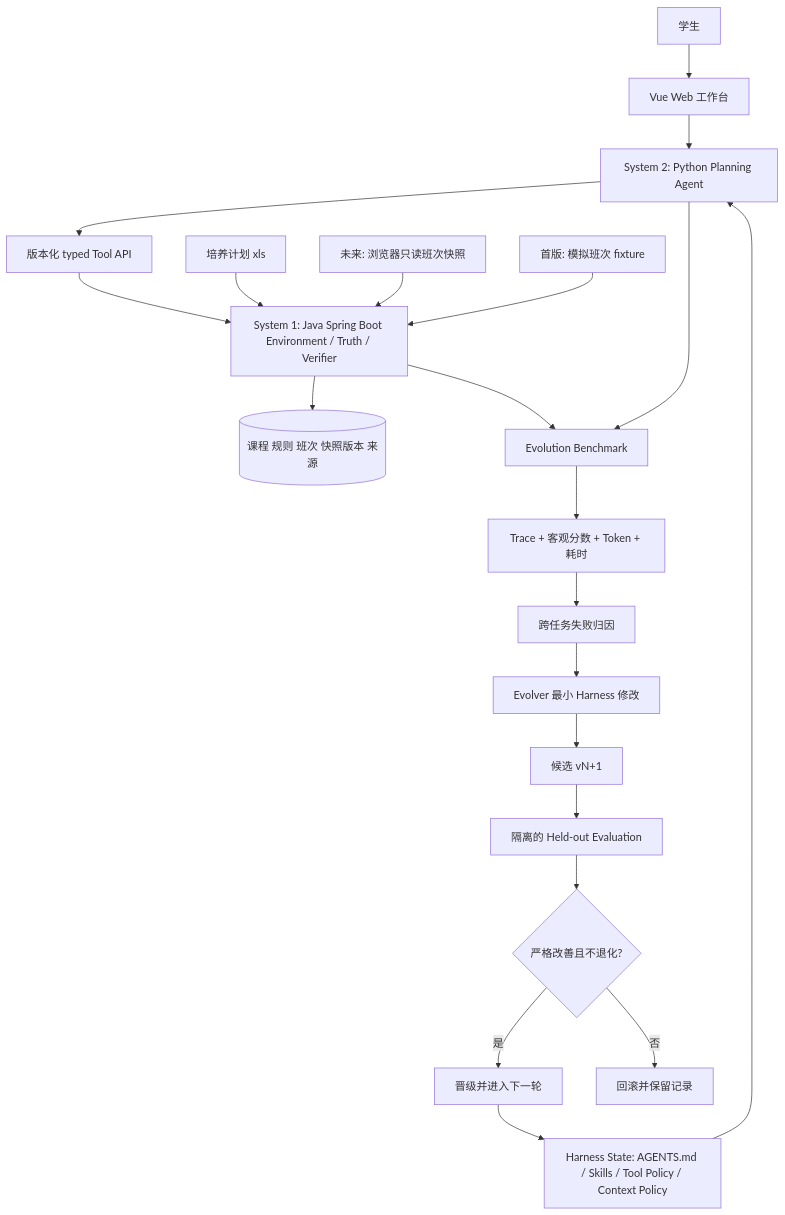
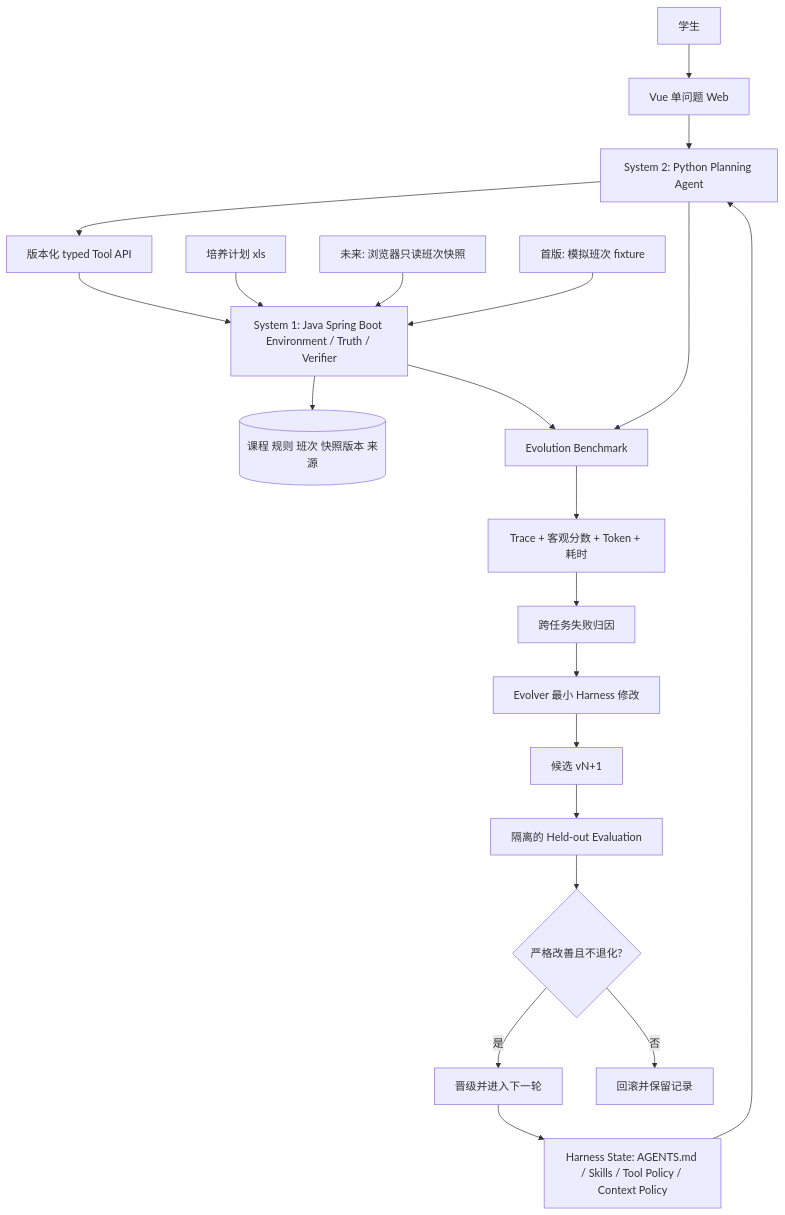
One commit to HelicasECoode42/CoursePilot-Evo changed the diagram in docs/01-teacher-project-plan.md. Above: the diagram before and after it, drawn with Mermaid. The commit also changed other lines of this file and 45 other files, not shown here.

````diff
--- a/docs/01-teacher-project-plan.md
+++ b/docs/01-teacher-project-plan.md
@@ -15,23 +17,23 @@
 ```mermaid
 flowchart TB
-  S[学生] --> UI[Vue Web 工作台]
+  S[学生] --> UI[Vue 单问题 Web]
   UI --> S2[System 2: Python Planning Agent]
   H[Harness State: AGENTS.md / Skills / Tool Policy / Context Policy] --> S2
   S2 --> API[版本化 typed Tool API]
   API --> S1[System 1: Java Spring Boot Environment / Truth / Verifier]
   XLS[培养计划 xls] --> S1
   BA[未来: 浏览器只读班次快照] --> S1
   FIX[首版: 模拟班次 fixture] --> S1
   S1 --> DB[(课程 规则 班次 快照版本 来源)]
   S2 --> BM[Evolution Benchmark]
   S1 --> BM
   BM --> T[Trace + 客观分数 + Token + 耗时]
   T --> M[跨任务失败归因]
   M --> E[Evolver 最小 Harness 修改]
   E --> C[候选 vN+1]
   C --> HO[隔离的 Held-out Evaluation]
   HO --> G{严格改善且不退化?}
   G -->|是| P[晋级并进入下一轮]
   G -->|否| R[回滚并保留记录]
   P --> H
 ```
````
